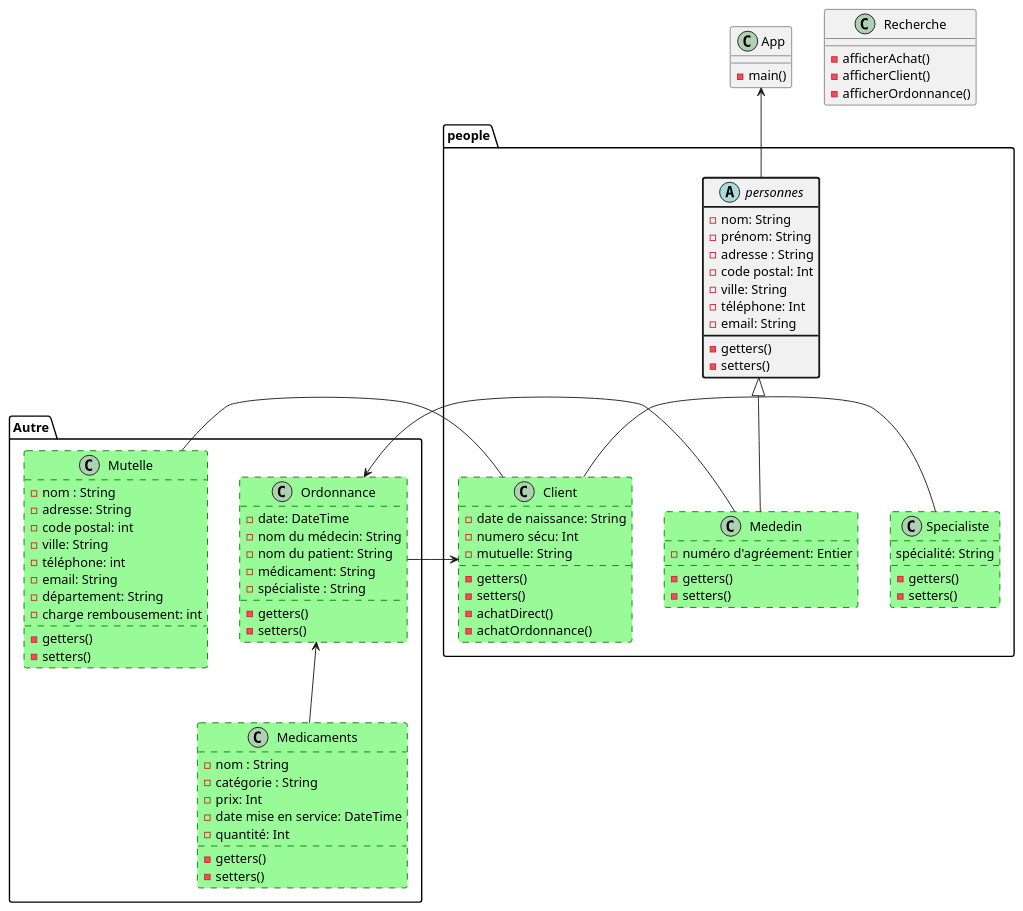
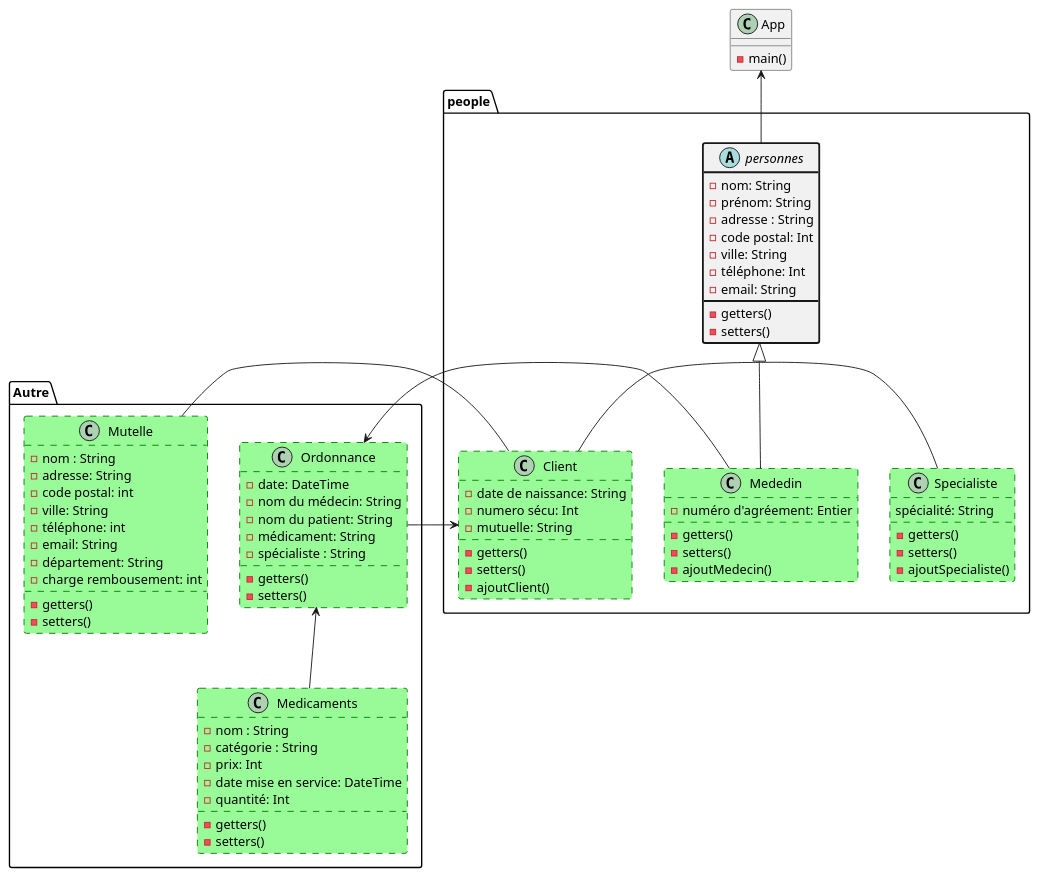
Before and after one commit to WilliamG57/Ecf-Pharmacie: the diagram in src/ClassMetier.puml, drawn with PlantUML. The commit also changed 13 other files, not shown here.

```diff
--- a/src/ClassMetier.puml
+++ b/src/ClassMetier.puml
@@ -1,91 +1,87 @@
 @startuml
 'https://plantuml.com/class-diagram
 
 skinparam groupInheritance 2
 
 class App {
 -main()
-}
-class Recherche {
--afficherAchat()
--afficherClient()
--afficherOrdonnance()
 }
 package people <<folder>> {
 abstract class personnes #line.bold{
 -nom: String
 -prénom: String
 -adresse : String
 -code postal: Int
 -ville: String
 -téléphone: Int
 -email: String
 -getters()
 -setters()
 }
 class Mededin #palegreen ##[dashed]green{
 -numéro d'agréement: Entier
 -getters()
 -setters()
+-ajoutMedecin()
 }
 class Client #palegreen ##[dashed]green{
 -date de naissance: String
 -numero sécu: Int
 -mutuelle: String
 -getters()
 -setters()
--achatDirect()
--achatOrdonnance()
+-ajoutClient()
 }
 class Specialiste #palegreen ##[dashed]green {
 spécialité: String
 -getters()
 -setters()
+-ajoutSpecialiste()
 }
 }
 personnes <|-- Client
 personnes <|-- Mededin
 personnes <|-- Specialiste
 App <-- personnes
 
 package Autre <<folder>> {
 class Ordonnance #palegreen ##[dashed]green{
 -date: DateTime
 -nom du médecin: String
 -nom du patient: String
 -médicament: String
 -spécialiste : String
 -getters()
 -setters()
 }
 
 class Medicaments #palegreen ##[dashed]green{
 -nom : String
 -catégorie : String
 -prix: Int
 -date mise en service: DateTime
 -quantité: Int
 -getters()
 -setters()
 }
 
 class Mutelle #palegreen ##[dashed]green {
 -nom : String
 -adresse: String
 -code postal: int
 -ville: String
 -téléphone: int
 -email: String
 -département: String
 -charge rembousement: int
 -getters()
 -setters()
 }
 
 Ordonnance <-- Medicaments
 Mededin -->Ordonnance
 Ordonnance -> Client
 Mutelle - Client
 }
 
 @enduml
```
